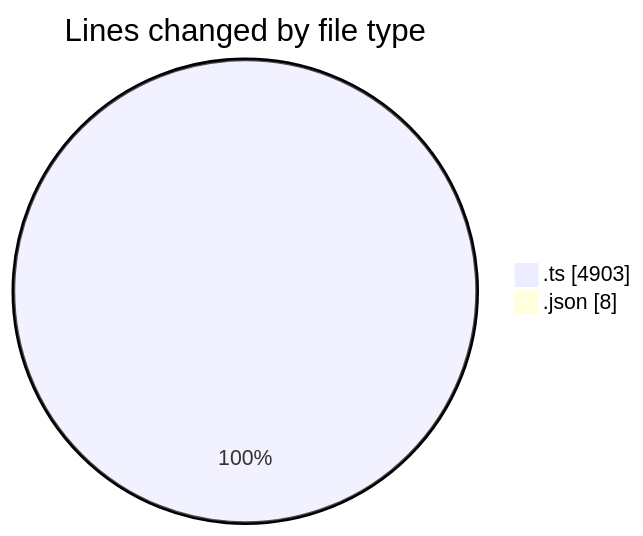
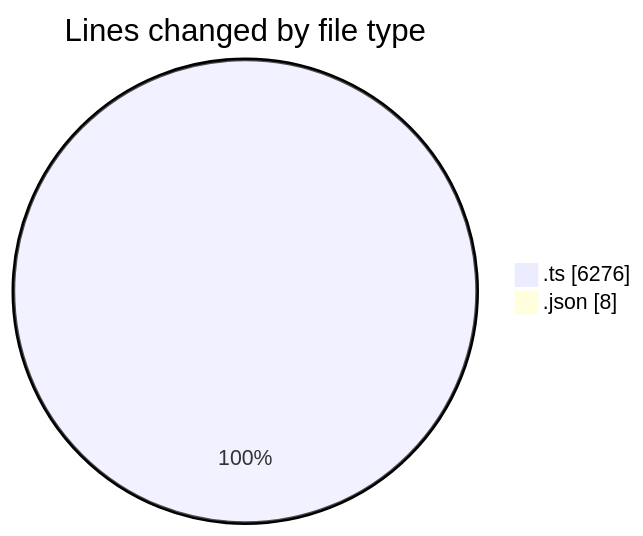
The first of 2 diagrams in 2026-07-31/broadcaster-playout-dashboard/README.md (momahboobian/code-tracking), drawn with Mermaid before and after one commit. The commit also changed other lines of this file and 1 other file, not shown here.

````diff
--- a/2026-07-31/broadcaster-playout-dashboard/README.md
+++ b/2026-07-31/broadcaster-playout-dashboard/README.md
@@ -33,6 +34,6 @@
 ```mermaid
 pie showData
 title Lines changed by file type
-".ts" : 4903
+".ts" : 6276
 ".json" : 8
 ```
````
